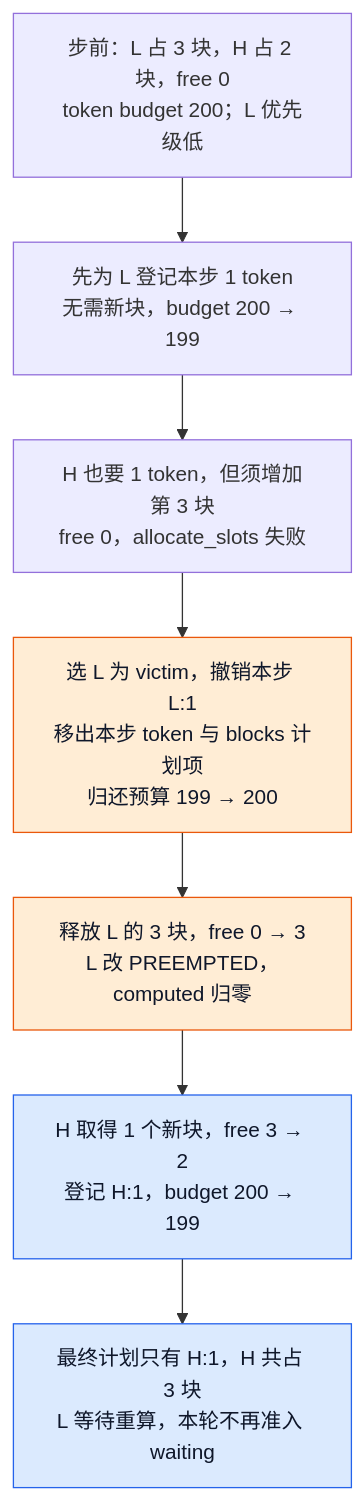
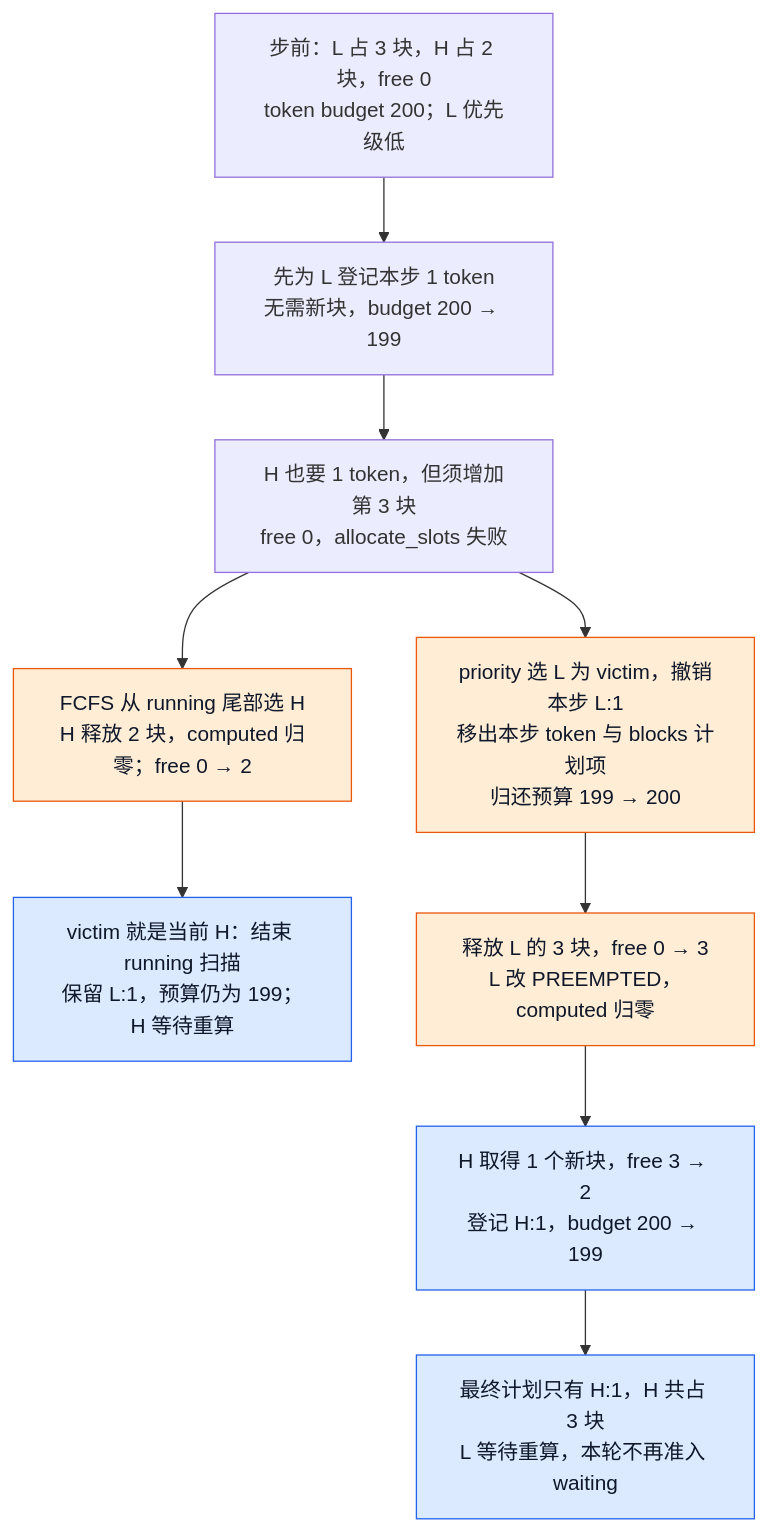
The eighth of 11 diagrams in wiki/02_engineering/03_infer_frameworks/vllm/07_vllm_scheduler_analysis.md (suhaibo666/llm-knowledge), drawn with Mermaid before and after one commit. The commit also changed other lines of this file and 89 other files, not shown here.

````diff
--- a/wiki/02_engineering/03_infer_frameworks/vllm/07_vllm_scheduler_analysis.md
+++ b/wiki/02_engineering/03_infer_frameworks/vllm/07_vllm_scheduler_analysis.md
@@ -335,13 +451,16 @@
 ```mermaid
 flowchart TB
     I["步前：L 占 3 块，H 占 2 块，free 0<br/>token budget 200；L 优先级低"] --> L["先为 L 登记本步 1 token<br/>无需新块，budget 200 → 199"]
     L --> H["H 也要 1 token，但须增加第 3 块<br/>free 0，allocate_slots 失败"]
-    H --> V["选 L 为 victim，撤销本步 L:1<br/>移出本步 token 与 blocks 计划项<br/>归还预算 199 → 200"]
+    H --> V["priority 选 L 为 victim，撤销本步 L:1<br/>移出本步 token 与 blocks 计划项<br/>归还预算 199 → 200"]
+    H --> FC["FCFS 从 running 尾部选 H<br/>H 释放 2 块，computed 归零；free 0 → 2"]
+    FC --> FE["victim 就是当前 H：结束 running 扫描<br/>保留 L:1，预算仍为 199；H 等待重算"]
     V --> F["释放 L 的 3 块，free 0 → 3<br/>L 改 PREEMPTED，computed 归零"]
     F --> A["H 取得 1 个新块，free 3 → 2<br/>登记 H:1，budget 200 → 199"]
     A --> O["最终计划只有 H:1，H 共占 3 块<br/>L 等待重算，本轮不再准入 waiting"]
     classDef acc fill:#dbeafe,stroke:#2563eb,color:#0f172a
     classDef warn fill:#ffedd5,stroke:#ea580c,color:#0f172a
     class A,O acc
-    class V,F warn
+    class V,F,FC warn
+    class FE acc
 ```
````
